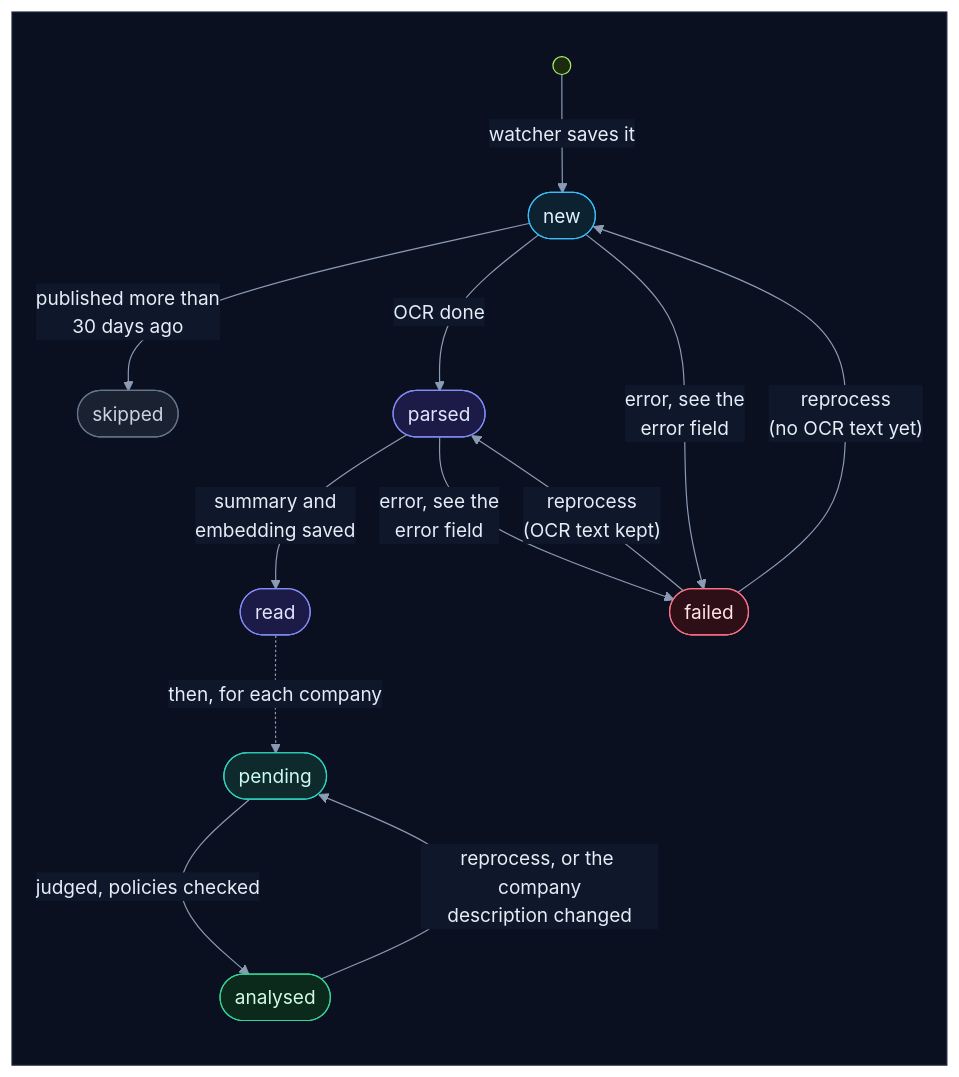
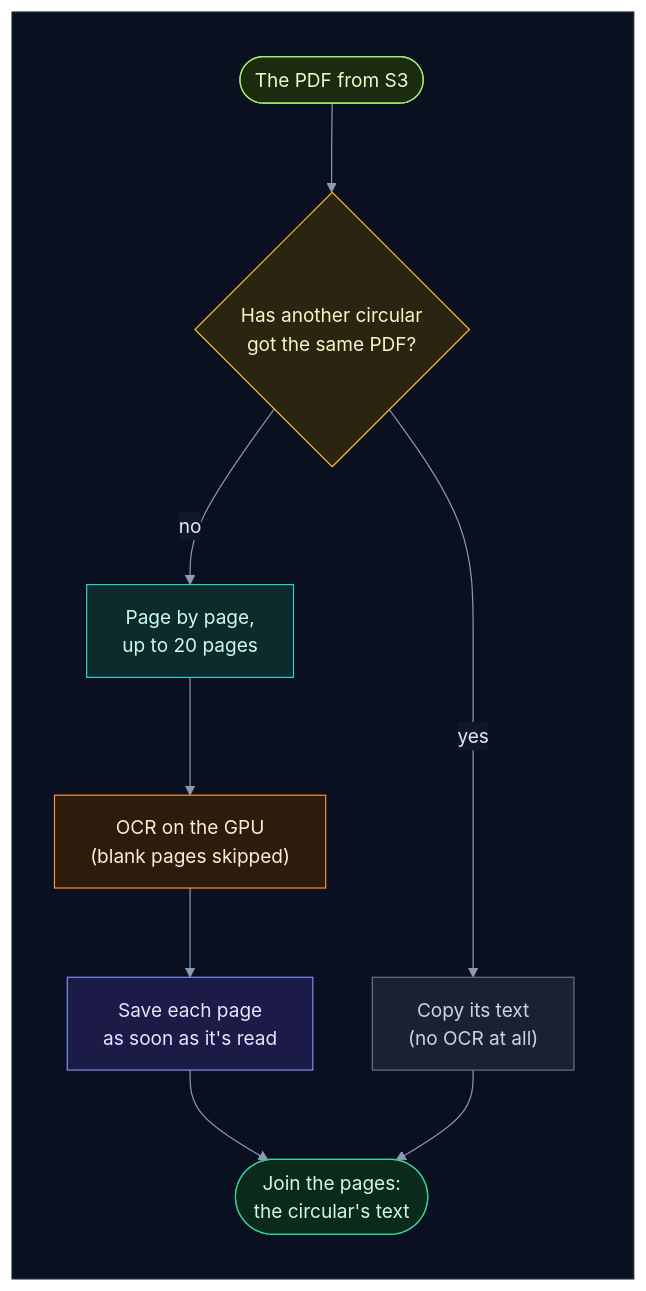
The eighth of 52 diagrams in how_it_works.md (selvakumarperumal/Regulatory_Circular_Impact_Agent), drawn with Mermaid before and after one commit. The commit also changed other lines of this file and 3 other files, not shown here.

First line of the commit message:
Rewrite how_it_works.md in plain words, a diagram per step

````diff
--- a/how_it_works.md
+++ b/how_it_works.md
@@ -446,37 +452,32 @@
 ```mermaid
 %%{init: {"theme": "base", "flowchart": {"diagramPadding": 0}, "themeVariables": {"darkMode": true, "primaryColor": "#16213a", "primaryTextColor": "#e6edf7", "primaryBorderColor": "#475a7a", "lineColor": "#8b9bb4", "secondaryColor": "#1b2436", "tertiaryColor": "#101a2e", "edgeLabelBackground": "#0f172a", "textColor": "#e2e8f0", "clusterBkg": "#0f1728", "clusterBorder": "#2b3a55", "titleColor": "#c4b5fd", "nodeTextColor": "#e6edf7"}}}%%
-flowchart TB
+flowchart TD
     subgraph canvas[" "]
         direction TB
-        s0((" ")) -->|"watcher saves it"| c_new(["new"])
-        c_new -->|"published more than<br/>30 days ago"| c_skipped(["skipped"])
-        c_new -->|"OCR done"| c_parsed(["parsed"])
-        c_parsed -->|"summary and<br/>embedding saved"| c_read(["read"])
-        c_new -->|"error, see the<br/>error field"| c_failed(["failed"])
-        c_parsed -->|"error, see the<br/>error field"| c_failed
-        c_failed -->|"reprocess<br/>(no OCR text yet)"| c_new
-        c_failed -->|"reprocess<br/>(OCR text kept)"| c_parsed
-        c_read -.->|"then, for each company"| a_pending(["pending"])
-        a_pending -->|"judged, policies checked"| a_done(["analysed"])
-        a_done -->|"reprocess, or the company<br/>description changed"| a_pending
+        a(["The PDF from S3"]) --> t{"Has another circular<br/>got the same PDF?"}
+        t -->|"yes"| c["Copy its text<br/>(no OCR at all)"]
+        t -->|"no"| d["Page by page,<br/>up to 20 pages"]
+        d --> o["OCR on the GPU<br/>(blank pages skipped)"]
+        o --> p["Save each page<br/>as soon as it's read"]
+        p --> j(["Join the pages:<br/>the circular's text"])
+        c --> j
     end
     classDef svc fill:#0e2a2c,stroke:#2dd4bf,color:#ccfbf1
     classDef data fill:#1c1a47,stroke:#818cf8,color:#e0e7ff
     classDef ext fill:#2a1640,stroke:#c084fc,color:#f3e8ff
     classDef gpu fill:#2d1b0c,stroke:#fb923c,color:#ffedd5
     classDef ask fill:#2a2410,stroke:#fbbf24,color:#fef3c7
     classDef ok fill:#0b2a1c,stroke:#34d399,color:#d1fae5
     classDef bad fill:#2e0f17,stroke:#fb7185,color:#ffe4e6
     classDef start fill:#1c2a0e,stroke:#a7ef6f,color:#ecfccb
     classDef muted fill:#1a2130,stroke:#64748b,color:#cbd5e1
     classDef queue fill:#0c2231,stroke:#38bdf8,color:#e0f2fe
-    class s0 start
-    class c_new queued
-    class c_parsed,c_read data
-    class c_failed bad
-    class c_skipped muted
-    class a_pending svc
-    class a_done ok
-    classDef queued fill:#0c2231,stroke:#38bdf8,color:#e0f2fe
+    class a start
+    class t ask
+    class c muted
+    class d svc
+    class o gpu
+    class p data
+    class j ok
     style canvas fill:#0b1020,stroke:#1e293b,color:#0b1020
 ```
````
